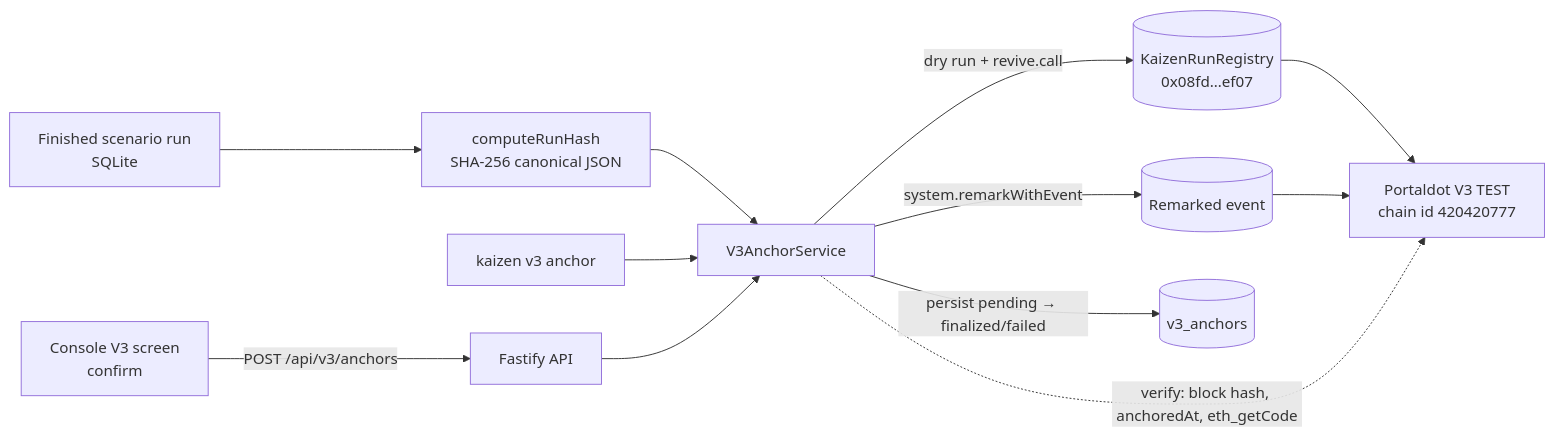
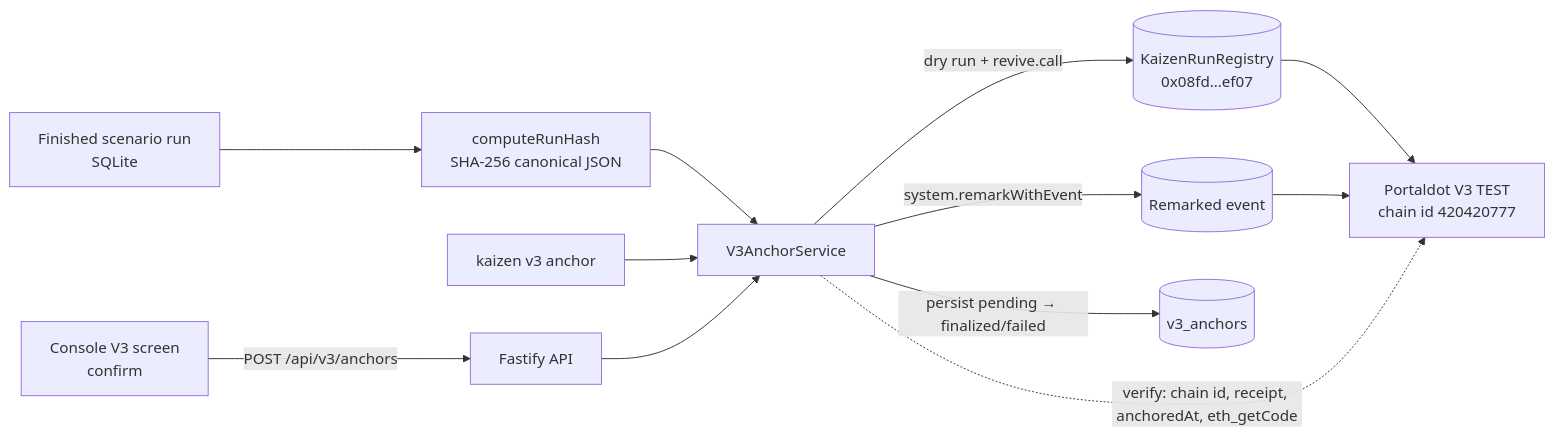
Before and after one commit to devshaydez/kaizen: the third of 4 diagrams in docs/ARCHITECTURE.md, drawn with Mermaid. The commit also changed other lines of this file and 7 other files, not shown here.

````diff
--- a/docs/ARCHITECTURE.md
+++ b/docs/ARCHITECTURE.md
@@ -191,14 +192,14 @@
 ```mermaid
 flowchart LR
   run[Finished scenario run<br/>SQLite] --> hash[computeRunHash<br/>SHA-256 canonical JSON]
   hash --> svc[V3AnchorService]
   ui[Console V3 screen<br/>confirm] -->|POST /api/v3/anchors| api[Fastify API]
   cli[kaizen v3 anchor] --> svc
   api --> svc
   svc -->|dry run + revive.call| reg[(KaizenRunRegistry<br/>0x08fd…ef07)]
   svc -->|system.remarkWithEvent| rem[(Remarked event)]
   reg --> v3[Portaldot V3 TEST<br/>chain id 420420777]
   rem --> v3
   svc -->|persist pending → finalized/failed| db[(v3_anchors)]
-  svc -.->|verify: block hash, anchoredAt, eth_getCode| v3
+  svc -.->|verify: chain id, receipt, anchoredAt, eth_getCode| v3
 ```
````
